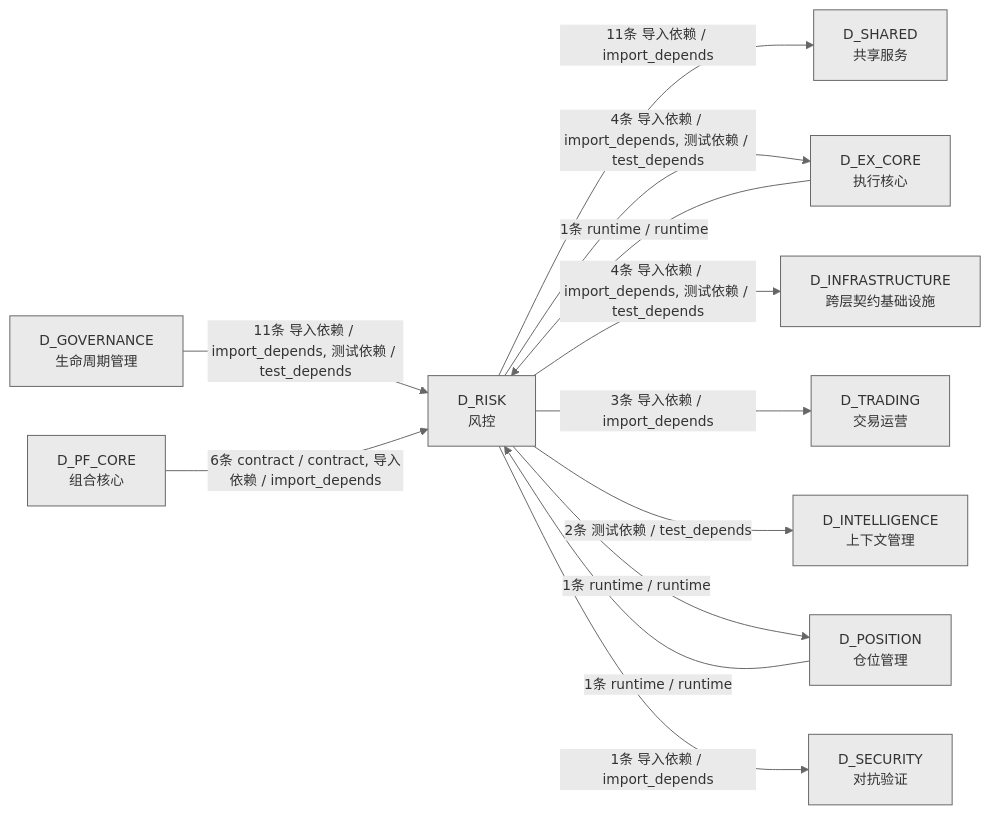
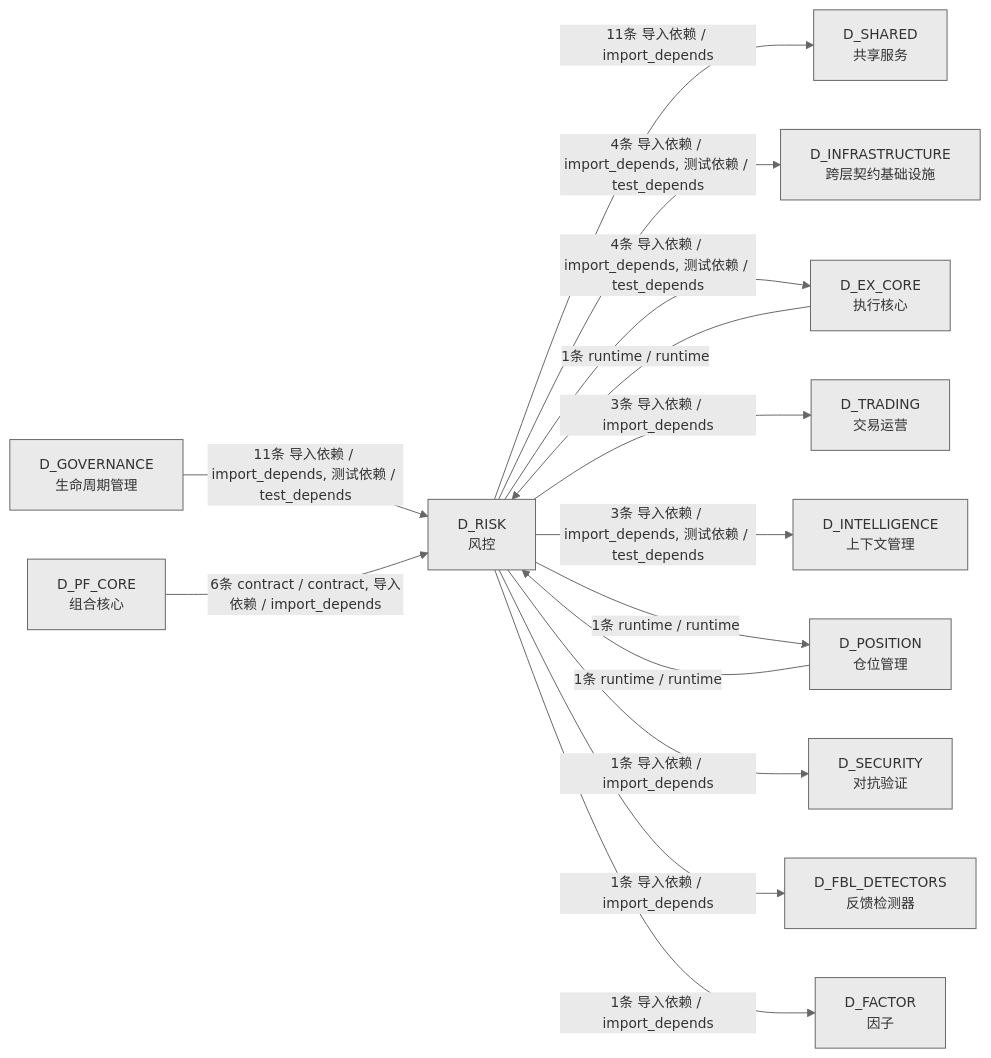
One commit to xuanFelixVan/ZephyrAlpha changed the fourth of 4 diagrams in docs/02_enterprise_architecture/02_domain_architecture_docs/65_d_risk.md. Above: the diagram before and after it, drawn with Mermaid. The commit also changed other lines of this file and 50 other files, not shown here.

````diff
--- a/docs/02_enterprise_architecture/02_domain_architecture_docs/65_d_risk.md
+++ b/docs/02_enterprise_architecture/02_domain_architecture_docs/65_d_risk.md
@@ -456,25 +473,29 @@
 ```mermaid
 %%{init: {'theme': 'base', 'themeVariables': {'primaryColor': '#eaeaea', 'primaryTextColor': '#333333', 'primaryBorderColor': '#666666', 'lineColor': '#666666', 'secondaryColor': '#eaeaea', 'tertiaryColor': '#eaeaea', 'fontSize': '14px'}}}%%
 graph LR
     D_RISK["D_RISK<br/>风控"]
     D_SHARED["D_SHARED<br/>共享服务"]
+    D_INFRASTRUCTURE["D_INFRASTRUCTURE<br/>跨层契约基础设施"]
     D_EX_CORE["D_EX_CORE<br/>执行核心"]
-    D_INFRASTRUCTURE["D_INFRASTRUCTURE<br/>跨层契约基础设施"]
     D_TRADING["D_TRADING<br/>交易运营"]
     D_INTELLIGENCE["D_INTELLIGENCE<br/>上下文管理"]
     D_POSITION["D_POSITION<br/>仓位管理"]
     D_SECURITY["D_SECURITY<br/>对抗验证"]
+    D_FBL_DETECTORS["D_FBL_DETECTORS<br/>反馈检测器"]
+    D_FACTOR["D_FACTOR<br/>因子"]
     D_GOVERNANCE["D_GOVERNANCE<br/>生命周期管理"]
     D_PF_CORE["D_PF_CORE<br/>组合核心"]
     D_RISK -->|11条 导入依赖 / import_depends| D_SHARED
+    D_RISK -->|4条 导入依赖 / import_depends, 测试依赖 / test_depends| D_INFRASTRUCTURE
     D_RISK -->|4条 导入依赖 / import_depends, 测试依赖 / test_depends| D_EX_CORE
-    D_RISK -->|4条 导入依赖 / import_depends, 测试依赖 / test_depends| D_INFRASTRUCTURE
     D_RISK -->|3条 导入依赖 / import_depends| D_TRADING
-    D_RISK -->|2条 测试依赖 / test_depends| D_INTELLIGENCE
+    D_RISK -->|3条 导入依赖 / import_depends, 测试依赖 / test_depends| D_INTELLIGENCE
     D_RISK -->|1条 runtime / runtime| D_POSITION
     D_RISK -->|1条 导入依赖 / import_depends| D_SECURITY
+    D_RISK -->|1条 导入依赖 / import_depends| D_FBL_DETECTORS
+    D_RISK -->|1条 导入依赖 / import_depends| D_FACTOR
     D_GOVERNANCE -->|11条 导入依赖 / import_depends, 测试依赖 / test_depends| D_RISK
     D_PF_CORE -->|6条 contract / contract, 导入依赖 / import_depends| D_RISK
     D_EX_CORE -->|1条 runtime / runtime| D_RISK
     D_POSITION -->|1条 runtime / runtime| D_RISK
 ```
````
